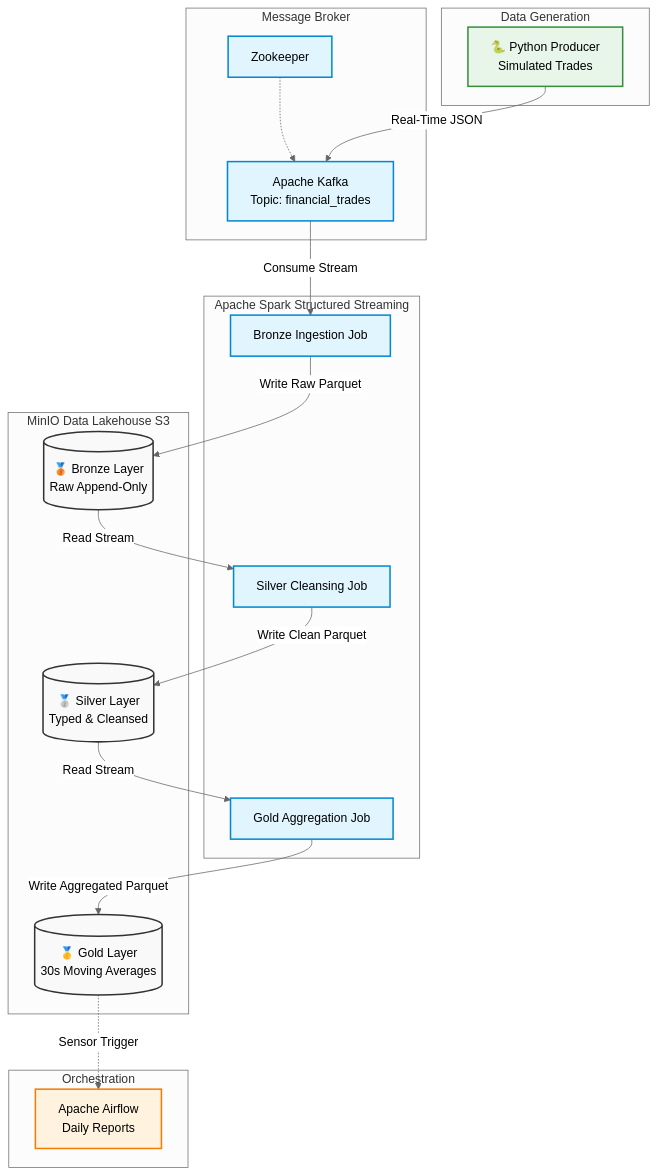
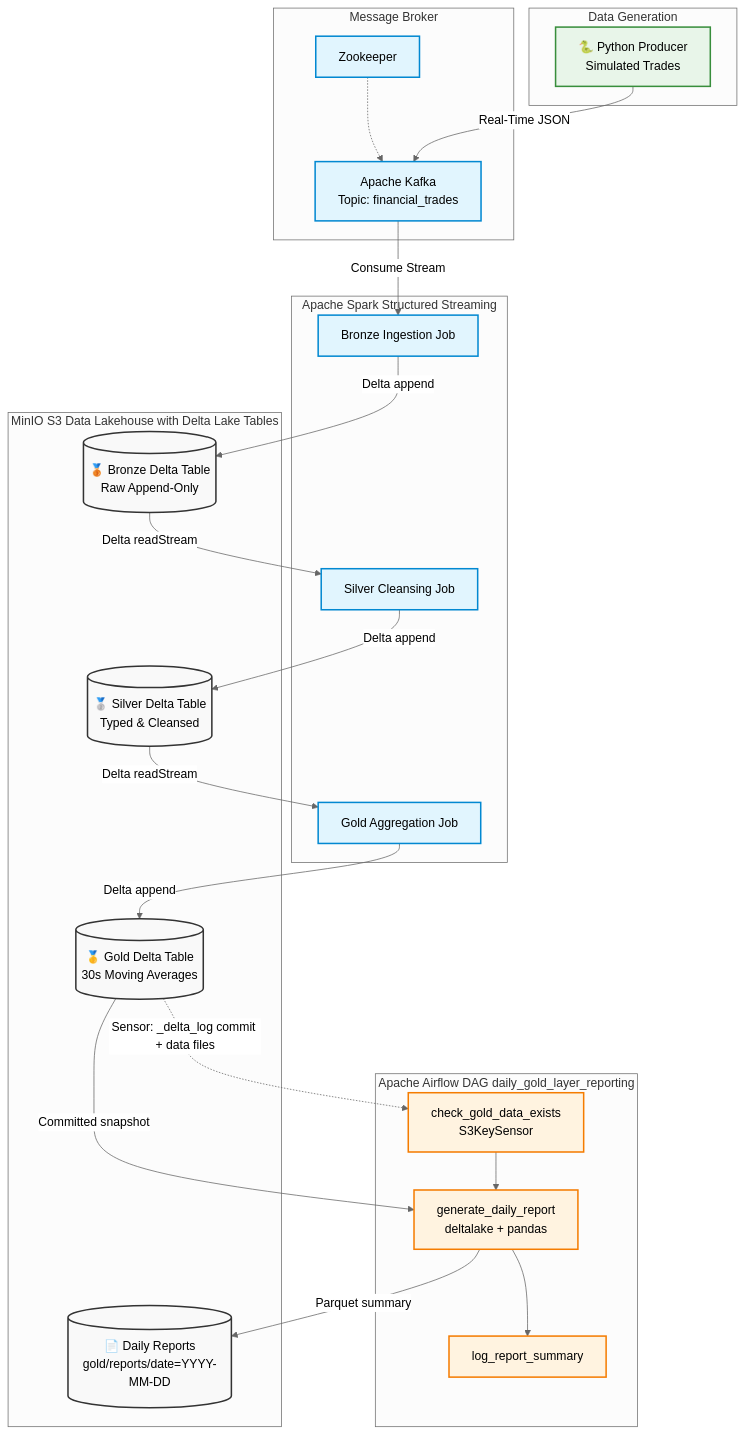
Before and after one commit to Piyush-s20/Real-Time-Streaming-Data-Lakehouse: the diagram in README.md, drawn with Mermaid (neutral theme). The commit also changed other lines of this file, not shown here.

Commit message:
Update README with Delta Lake architecture, run steps and measured results

````diff
--- a/README.md
+++ b/README.md
@@ -39,45 +17,51 @@
 ```mermaid
 graph TD
     %% Define styles
     classDef storage fill:#f9f9f9,stroke:#333,stroke-width:2px;
     classDef process fill:#e1f5fe,stroke:#0288d1,stroke-width:2px;
     classDef source fill:#e8f5e9,stroke:#388e3c,stroke-width:2px;
     classDef orchestration fill:#fff3e0,stroke:#f57c00,stroke-width:2px;
 
     %% Nodes
-    subgraph Data Generation
+    subgraph gen [Data Generation]
         P[🐍 Python Producer<br/>Simulated Trades]:::source
     end
 
-    subgraph Message Broker
+    subgraph broker [Message Broker]
         K[Apache Kafka<br/>Topic: financial_trades]:::process
         Z[Zookeeper]:::process
         Z -.-> K
     end
 
-    subgraph Apache Spark Structured Streaming
+    subgraph spark [Apache Spark Structured Streaming]
         SB[Bronze Ingestion Job]:::process
         SS[Silver Cleansing Job]:::process
         SG[Gold Aggregation Job]:::process
     end
 
-    subgraph MinIO Data Lakehouse S3
-        B[(🥉 Bronze Layer<br/>Raw Append-Only)]:::storage
-        S[(🥈 Silver Layer<br/>Typed & Cleansed)]:::storage
-        G[(🥇 Gold Layer<br/>30s Moving Averages)]:::storage
+    subgraph lake [MinIO S3 Data Lakehouse with Delta Lake Tables]
+        B[("🥉 Bronze Delta Table<br/>Raw Append-Only")]:::storage
+        S[("🥈 Silver Delta Table<br/>Typed & Cleansed")]:::storage
+        G[("🥇 Gold Delta Table<br/>30s Moving Averages")]:::storage
+        R[("📄 Daily Reports<br/>gold/reports/date=YYYY-MM-DD")]:::storage
     end
 
-    subgraph Orchestration
-        A[ Apache Airflow<br/>Daily Reports]:::orchestration
+    subgraph dag [Apache Airflow DAG daily_gold_layer_reporting]
+        A1[check_gold_data_exists<br/>S3KeySensor]:::orchestration
+        A2[generate_daily_report<br/>deltalake + pandas]:::orchestration
+        A3[log_report_summary]:::orchestration
+        A1 --> A2 --> A3
     end
 
     %% Flow
     P -->|Real-Time JSON| K
     K -->|Consume Stream| SB
-    SB -->|Write Raw Parquet| B
-    B -->|Read Stream| SS
-    SS -->|Write Clean Parquet| S
-    S -->|Read Stream| SG
-    SG -->|Write Aggregated Parquet| G
-    G -.->|Sensor Trigger| A
+    SB -->|Delta append| B
+    B -->|Delta readStream| SS
+    SS -->|Delta append| S
+    S -->|Delta readStream| SG
+    SG -->|Delta append| G
+    G -.->|"Sensor: _delta_log commit + data files"| A1
+    G -->|Committed snapshot| A2
+    A2 -->|Parquet summary| R
 ```
````
